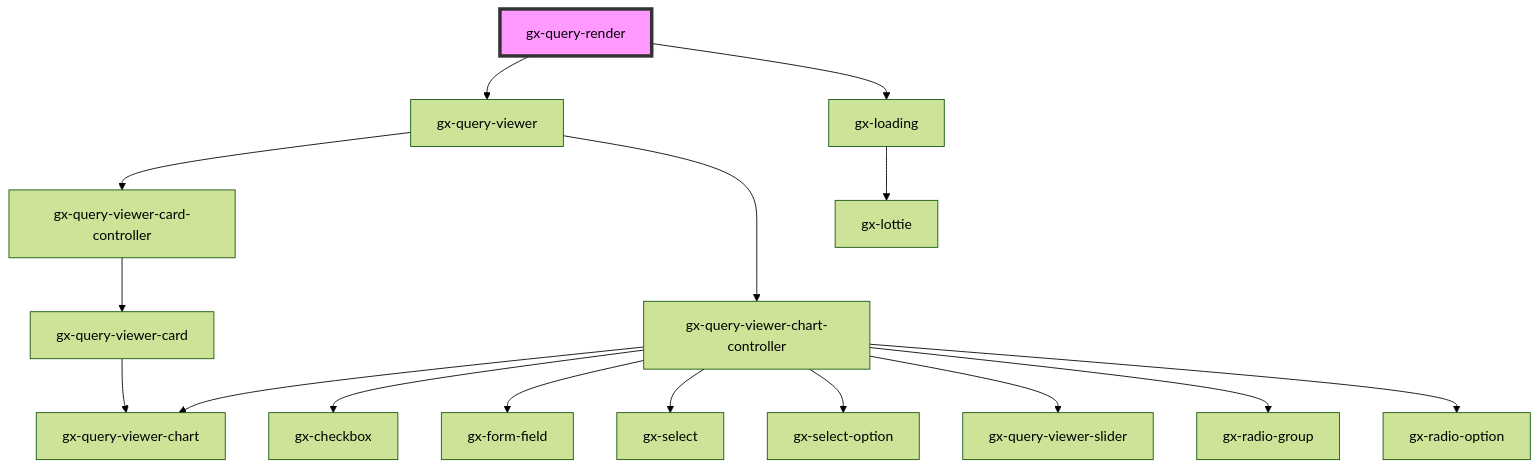
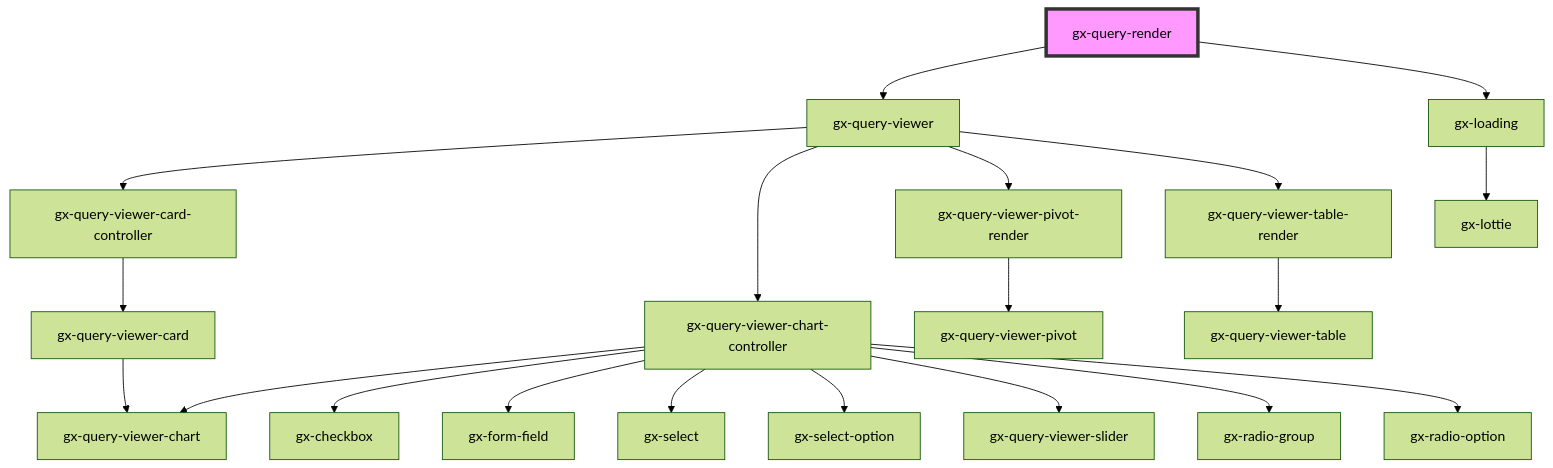
Before and after one commit to genexuslabs/reporting-controls-library: the diagram in src/components/gx-query/query-render/readme.md, drawn with Mermaid (forest theme). The commit also changed other lines of this file and 1 other file, not shown here.

Commit message:
Update readmes

````diff
--- a/src/components/gx-query/query-render/readme.md
+++ b/src/components/gx-query/query-render/readme.md
@@ -40,19 +40,23 @@
 ```mermaid
 graph TD;
   gx-query-render --> gx-query-viewer
   gx-query-render --> gx-loading
   gx-query-viewer --> gx-query-viewer-card-controller
   gx-query-viewer --> gx-query-viewer-chart-controller
+  gx-query-viewer --> gx-query-viewer-pivot-render
+  gx-query-viewer --> gx-query-viewer-table-render
   gx-query-viewer-card-controller --> gx-query-viewer-card
   gx-query-viewer-card --> gx-query-viewer-chart
   gx-query-viewer-chart-controller --> gx-query-viewer-chart
   gx-query-viewer-chart-controller --> gx-checkbox
   gx-query-viewer-chart-controller --> gx-form-field
   gx-query-viewer-chart-controller --> gx-select
   gx-query-viewer-chart-controller --> gx-select-option
   gx-query-viewer-chart-controller --> gx-query-viewer-slider
   gx-query-viewer-chart-controller --> gx-radio-group
   gx-query-viewer-chart-controller --> gx-radio-option
+  gx-query-viewer-pivot-render --> gx-query-viewer-pivot
+  gx-query-viewer-table-render --> gx-query-viewer-table
   gx-loading --> gx-lottie
   style gx-query-render fill:#f9f,stroke:#333,stroke-width:4px
 ```
````
